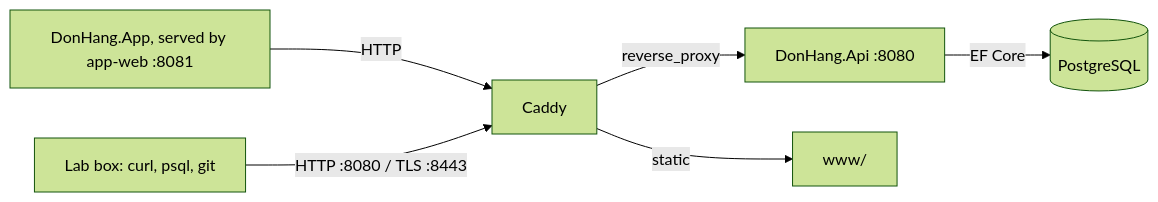
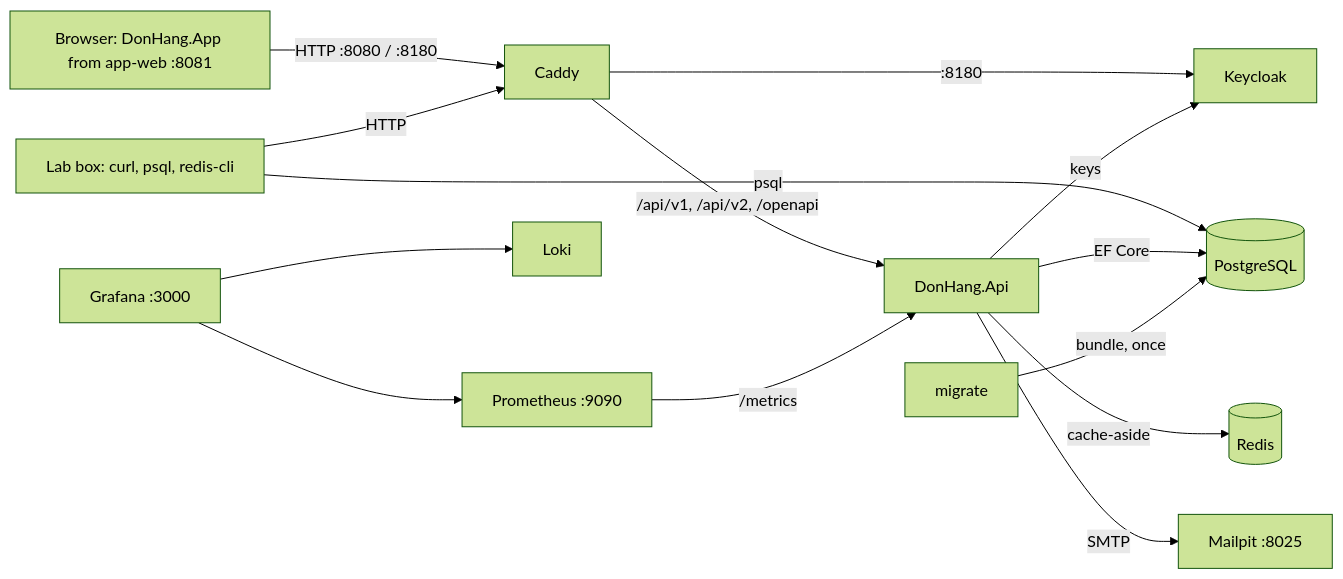
The diagram in STAGE.md (duyan11110/don-hang), drawn with Mermaid (forest theme) before and after one commit. The commit also changed other lines of this file, not shown here.

````diff
--- a/STAGE.md
+++ b/STAGE.md
@@ -41,8 +57,16 @@
 ```mermaid
 flowchart LR
-  A[DonHang.App, served by app-web :8081] -->|HTTP| C
-  L[Lab box: curl, psql, git] -->|HTTP :8080 / TLS :8443| C[Caddy]
-  C -->|reverse_proxy| API[DonHang.Api :8080]
+  B[Browser: DonHang.App from app-web :8081] -->|HTTP :8080 / :8180| C[Caddy]
+  L[Lab box: curl, psql, redis-cli] -->|HTTP| C
+  L -->|psql| P
+  C -->|/api/v1, /api/v2, /openapi| API[DonHang.Api]
+  C -->|:8180| K[Keycloak]
+  API -->|keys| K
   API -->|EF Core| P[(PostgreSQL)]
-  C -->|static| W[www/]
+  M[migrate] -->|bundle, once| P
+  API -->|cache-aside| R[(Redis)]
+  API -->|SMTP| MP[Mailpit :8025]
+  PR[Prometheus :9090] -->|/metrics| API
+  G[Grafana :3000] --> PR
+  G --> LK[Loki]
 ```
````
